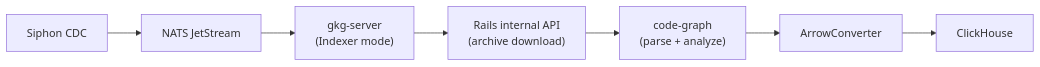
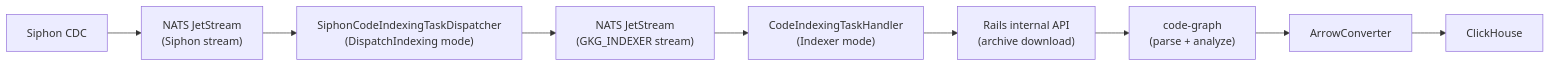
The second of 3 diagrams in docs/design-documents/indexing/code_indexing.md (gitlabhq/orbit-knowledge-graph), drawn with Mermaid before and after one commit. The commit also changed other lines of this file, not shown here.

Commit message:
docs(indexing): update code indexing doc for dispatcher-handler split

````diff
--- a/docs/design-documents/indexing/code_indexing.md
+++ b/docs/design-documents/indexing/code_indexing.md
@@ -88,9 +88,11 @@
 ```mermaid
 graph LR
-    Siphon["Siphon CDC"] --> NATS["NATS JetStream"]
-    NATS --> GKG["gkg-server<br/>(Indexer mode)"]
-    GKG --> Rails["Rails internal API<br/>(archive download)"]
+    Siphon["Siphon CDC"] --> ExtNATS["NATS JetStream<br/>(Siphon stream)"]
+    ExtNATS --> Dispatcher["SiphonCodeIndexingTaskDispatcher<br/>(DispatchIndexing mode)"]
+    Dispatcher --> IntNATS["NATS JetStream<br/>(GKG_INDEXER stream)"]
+    IntNATS --> Handler["CodeIndexingTaskHandler<br/>(Indexer mode)"]
+    Handler --> Rails["Rails internal API<br/>(archive download)"]
     Rails --> CodeGraph["code-graph<br/>(parse + analyze)"]
     CodeGraph --> Arrow["ArrowConverter"]
     Arrow --> ClickHouse["ClickHouse"]
 ```
````
